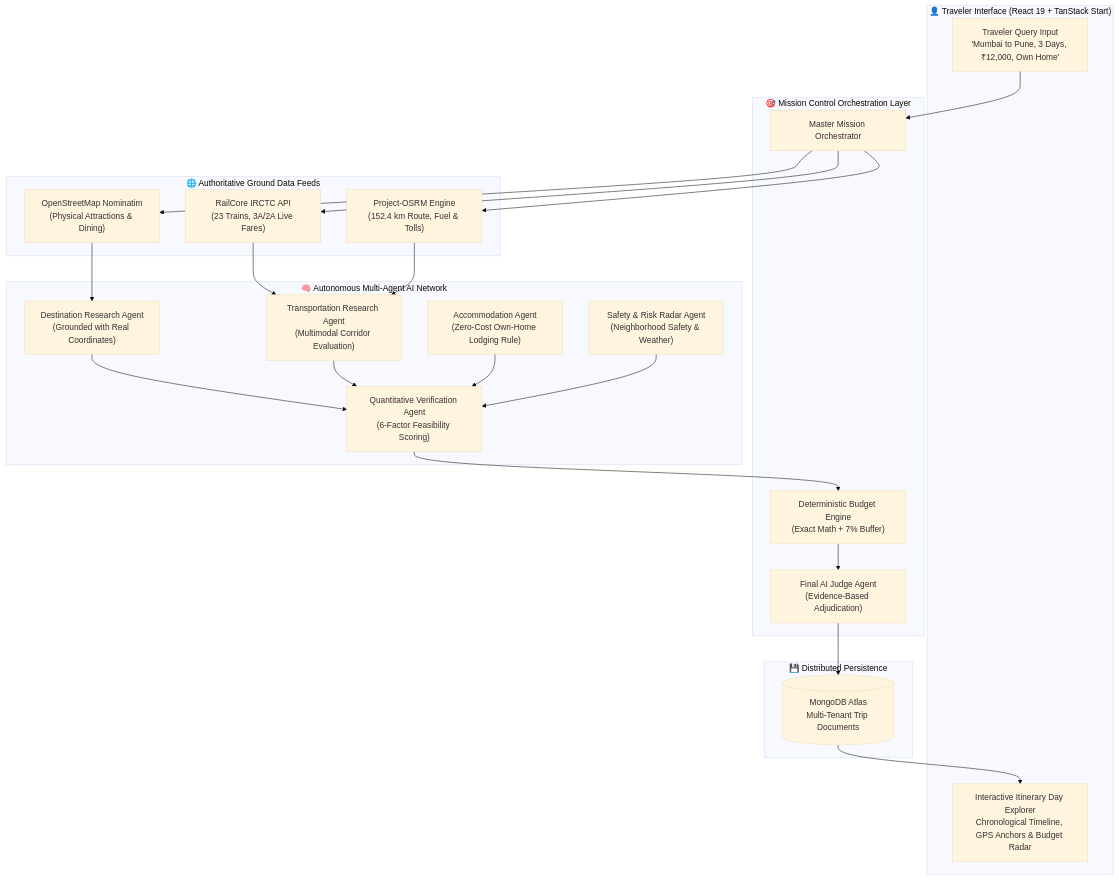
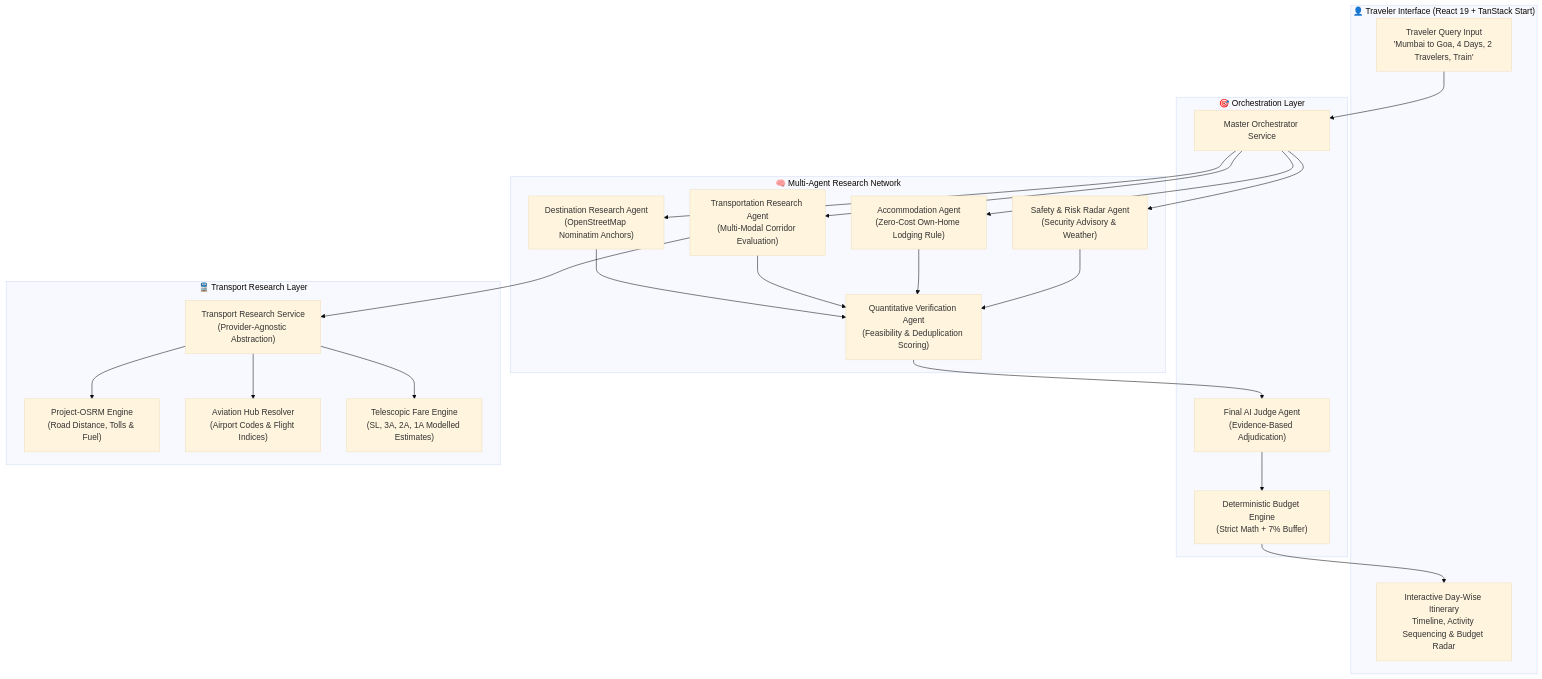
One commit to 134shubhamyadav/Advenza changed the diagram in README.md. Above: the diagram before and after it, drawn with Mermaid (base theme). The commit also changed other lines of this file and 135 other files, not shown here.

Commit message:
feat(transit): complete 12-stage airplane flight progress animation, cleanup test files and optimize architecture

````diff
--- a/README.md
+++ b/README.md
@@ -126,50 +107,48 @@
 ```mermaid
 flowchart TD
     subgraph Client ["👤 Traveler Interface (React 19 + TanStack Start)"]
-        UI["Traveler Query Input<br/>'Mumbai to Pune, 3 Days, ₹12,000, Own Home'"]
-        Result["Interactive Itinerary Day Explorer<br/>Chronological Timeline, GPS Anchors & Budget Radar"]
+        UI["Traveler Query Input<br/>'Mumbai to Goa, 4 Days, 2 Travelers, Train'"]
+        Result["Interactive Day-Wise Itinerary<br/>Timeline, Activity Sequencing & Budget Radar"]
     end
 
-    subgraph Orchestration ["🎯 Mission Control Orchestration Layer"]
-        Orch["Master Mission Orchestrator"]
+    subgraph Orchestration ["🎯 Orchestration Layer"]
+        Orch["Master Orchestrator Service"]
         Judge["Final AI Judge Agent<br/>(Evidence-Based Adjudication)"]
-        BudgetEngine["Deterministic Budget Engine<br/>(Exact Math + 7% Buffer)"]
+        BudgetEngine["Deterministic Budget Engine<br/>(Strict Math + 7% Buffer)"]
     end
 
-    subgraph TransitFeeds ["🌐 Authoritative Ground Data Feeds"]
-        OSM["OpenStreetMap Nominatim<br/>(Physical Attractions & Dining)"]
-        RailCore["RailCore IRCTC API<br/>(23 Trains, 3A/2A Live Fares)"]
-        OSRM["Project-OSRM Engine<br/>(152.4 km Route, Fuel & Tolls)"]
+    subgraph TransportLayer ["🚆 Transport Research Layer"]
+        TRS["Transport Research Service<br/>(Provider-Agnostic Abstraction)"]
+        OSRM["Project-OSRM Engine<br/>(Road Distance, Tolls & Fuel)"]
+        FlightProv["Aviation Hub Resolver<br/>(Airport Codes & Flight Indices)"]
+        RailModel["Telescopic Fare Engine<br/>(SL, 3A, 2A, 1A Modelled Estimates)"]
     end
 
-    subgraph AIAgents ["🧠 Autonomous Multi-Agent AI Network"]
-        DestAgent["Destination Research Agent<br/>(Grounded with Real Coordinates)"]
-        TransitAgent["Transportation Research Agent<br/>(Multimodal Corridor Evaluation)"]
+    subgraph AIAgents ["🧠 Multi-Agent Research Network"]
+        DestAgent["Destination Research Agent<br/>(OpenStreetMap Nominatim Anchors)"]
+        TransitAgent["Transportation Research Agent<br/>(Multi-Modal Corridor Evaluation)"]
         HotelAgent["Accommodation Agent<br/>(Zero-Cost Own-Home Lodging Rule)"]
-        RiskAgent["Safety & Risk Radar Agent<br/>(Neighborhood Safety & Weather)"]
-        VerifyAgent["Quantitative Verification Agent<br/>(6-Factor Feasibility Scoring)"]
-    end
-
-    subgraph Storage ["💾 Distributed Persistence"]
-        DB[("MongoDB Atlas<br/>Multi-Tenant Trip Documents")]
+        RiskAgent["Safety & Risk Radar Agent<br/>(Security Advisory & Weather)"]
+        VerifyAgent["Quantitative Verification Agent<br/>(Feasibility & Deduplication Scoring)"]
     end
 
     UI --> Orch
-    Orch --> OSM
-    Orch --> RailCore
-    Orch --> OSRM
+    Orch --> DestAgent
+    Orch --> TransitAgent
+    Orch --> HotelAgent
+    Orch --> RiskAgent
 
-    OSM --> DestAgent
-    RailCore --> TransitAgent
-    OSRM --> TransitAgent
-    
+    TransitAgent --> TRS
+    TRS --> OSRM
+    TRS --> FlightProv
+    TRS --> RailModel
+
     DestAgent --> VerifyAgent
     TransitAgent --> VerifyAgent
     HotelAgent --> VerifyAgent
     RiskAgent --> VerifyAgent
 
-    VerifyAgent --> BudgetEngine
-    BudgetEngine --> Judge
-    Judge --> DB
-    DB --> Result
+    VerifyAgent --> Judge
+    Judge --> BudgetEngine
+    BudgetEngine --> Result
 ```
````
